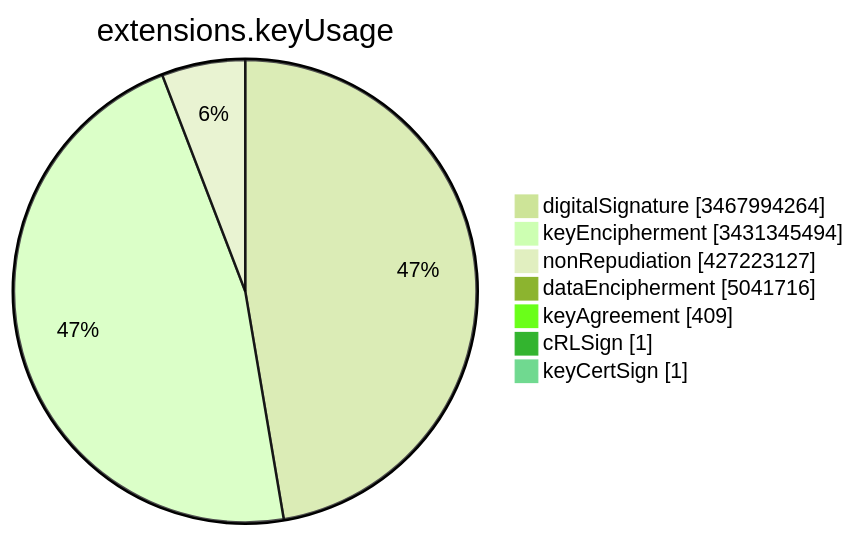
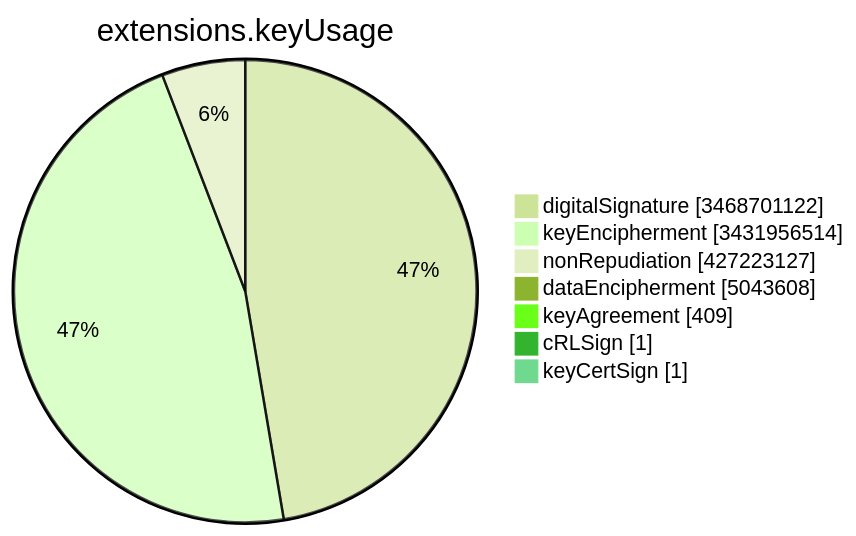
Before and after one commit to christiankrug/ctmonitor_visualization: the sixth of 15 diagrams in TOTAL/README.md, drawn with Mermaid (forest theme). The commit also changed other lines of this file, not shown here.

````diff
--- a/TOTAL/README.md
+++ b/TOTAL/README.md
@@ -3082,11 +3082,11 @@
 ```mermaid
 pie showData
 title extensions.keyUsage
-"digitalSignature" :3467994264
-"keyEncipherment" :3431345494
+"digitalSignature" :3468701122
+"keyEncipherment" :3431956514
 "nonRepudiation" :427223127
-"dataEncipherment" :5041716
+"dataEncipherment" :5043608
 "keyAgreement" :409
 "cRLSign" :1
 "keyCertSign" :1
 ```
````
